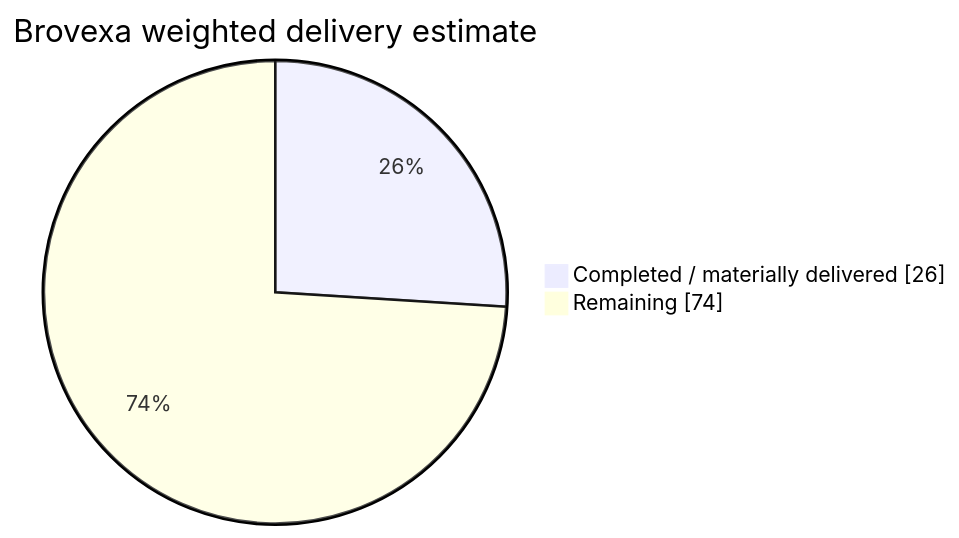
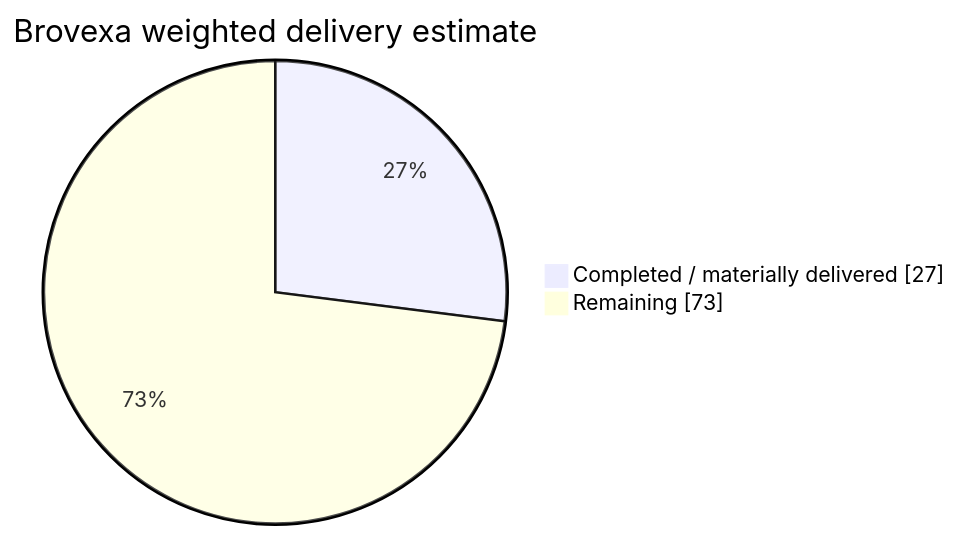
The diagram in README.md (Vertex-Systems-Network/brovexa), drawn with Mermaid before and after one commit. The commit also changed other lines of this file, not shown here.

````diff
--- a/README.md
+++ b/README.md
@@ -17,6 +17,6 @@
 ```mermaid
 pie showData
     title Brovexa weighted delivery estimate
-    "Completed / materially delivered" : 26
-    "Remaining" : 74
+    "Completed / materially delivered" : 27
+    "Remaining" : 73
 ```
````
